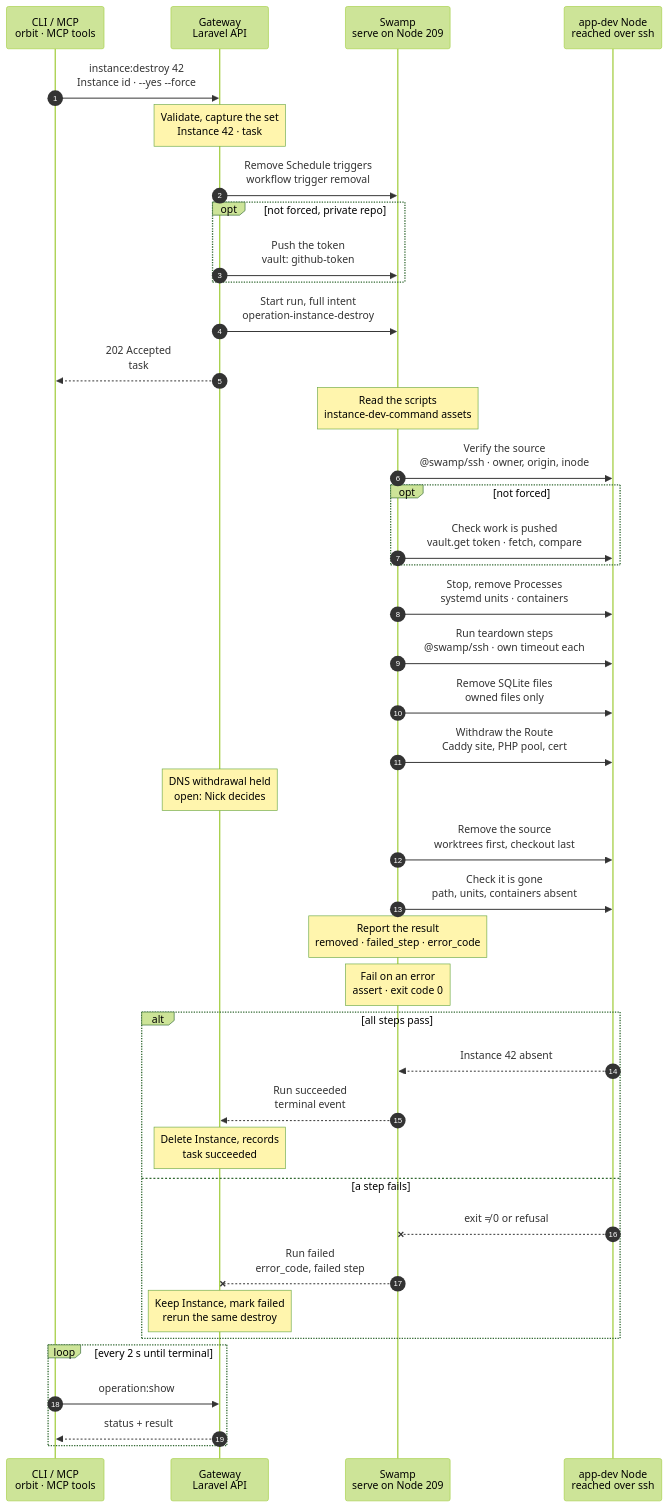
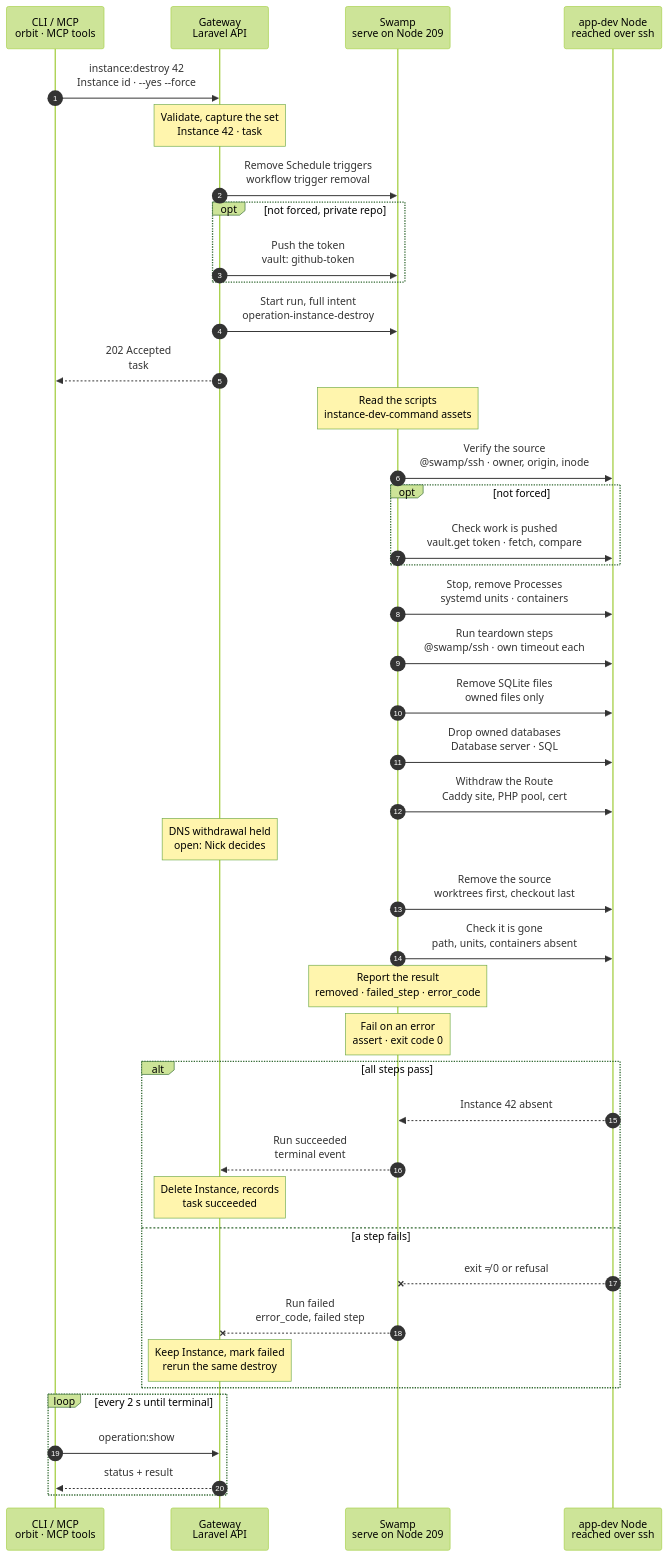
Before and after one commit to hardimpactdev/orbit: the diagram in docs/flows/instance.destroy.mmd, drawn with Mermaid (forest theme). The commit also changed 7 other files, not shown here.

First line of the commit message:
fix(instances): destroy drops owned server databases instead of refusing the placement

```diff
--- a/docs/flows/instance.destroy.mmd
+++ b/docs/flows/instance.destroy.mmd
@@ -1,173 +1,180 @@
 sequenceDiagram
   %% Target design: ADR 0244 task, R1-R4, single-swamp-node (@swamp/ssh from 209), DECISIONS 1 (token minted at admission, vault.get), 2 (DNS held), Schedules native (Nick 2026-11-02). docs/reference/instance-removal.md.
   %% status: draft
   %% command: instance:destroy
   autonumber
   %% lane CLI icon=terminal pill=caller tone=gray
   %% lane GW icon=gateway pill=intent tone=blue
   %% lane SW icon=workflow pill=executes tone=green
   %% lane N icon=server pill=target tone=amber
   participant CLI as CLI / MCP<br/>orbit · MCP tools
   participant GW as Gateway<br/>Laravel API
   participant SW as Swamp<br/>serve on Node 209
   participant N as app-dev Node<br/>reached over ssh
   CLI->>GW: instance:destroy 42<br/>Instance id · --yes --force
   %%> Command:
   %%> - `orbit instance:destroy 42 --yes`
   %%> - syntax: `<instance> [--yes] [--force] [--idempotency-key=KEY] [--json]`
   %%> Input:
   %%> - the Instance's id, as `instance:list` shows it
   %%> Confirmation:
   %%> - without `--yes`, the CLI asks first; the default is No
   %%> - without a terminal, or with `--json`, `--yes` is required
   %%> With `--force`:
   %%> - also deletes dirty or unpublished source, and a checkout with its linked worktrees
   %%> - it never waives the source identity checks, and it is not consent
   Note over GW: Validate, capture the set<br/>Instance 42 · task #5132
   %%> Requirements:
   %%> - your Node has an access grant to Node 12, which runs Instance 42
   %%> - Instance 42 is a development Instance; production removal is not charted here
   %%> - no other lifecycle change and no unfinished transfer holds Instance 42
   %%> Captures:
   %%> - the source: path, owner, origin, branch, linked worktrees
-  %%> - what Instance 42 owns: Processes, Schedules, Route, SQLite files
+  %%> - what Instance 42 owns: Processes, Schedules, Route, SQLite files, server databases
   %%> - the Project teardown steps
   %%> Result:
   %%> - Instance 42 is marked removing, with the captured set
   %%> - task #5132 recorded with the full intent
   GW->>SW: Remove Schedule triggers<br/>workflow trigger removal
   %%> What it does:
   %%> - removes the native Swamp schedule trigger of each Schedule of Instance 42
   %%> - there is no Node work here; Schedules install nothing on Nodes
   %%> Why first:
   %%> - no new fire starts against a checkout that is being removed
   %%> Running fire:
   %%> - a fire that already started runs to its end, within its own timeout, and is still recorded
   opt not forced, private repo
     GW->>SW: Push the token<br/>vault: github-token
     %%> Why:
     %%> - a normal removal checks that the work is pushed, which needs a fetch from origin
     %%> - only the Gateway holds the GitHub App key
     %%> What it does:
     %%> - mints a read token for this one repository, valid 1 hour, and pushes it into Swamp's vault
     %%> Not needed:
     %%> - with `--force`, or for a public repository
   end
   GW->>SW: Start run, full intent<br/>operation-instance-destroy
   %%> What it does:
   %%> - starts one run of `operation-instance-destroy` on Swamp serve (Node 209)
   %%> Inputs:
   %%> - Node 12's address and SSH host keys; the SSH identity comes from the `swamp` role
   %%> - the captured set, the teardown steps, the Node's managed user
   %%> - secrets only as vault key names
   GW-->>CLI: 202 Accepted<br/>task #5132
   %%> What you get:
   %%> - the task number, at once
   %%> Next:
   %%> - the CLI follows the task with `operation:show`
   Note over SW: Read the scripts<br/>instance-dev-command assets
   %%> What it does:
   %%> - reads the shipped destroy phase scripts and the teardown runner on 209, to send them over SSH in argv
   SW->>N: Verify the source<br/>@swamp/ssh · owner, origin, inode
   %%> What it does:
   %%> - checks that the checkout and its linked worktrees are the ones captured at admission
   %%> - same path, owner, origin and filesystem identity
   %%> Refuses:
   %%> - another checkout, owner or Node, also with `--force`
   %%> - a symlink in place of the checkout
   opt not forced
     SW->>N: Check work is pushed<br/>vault.get token · fetch, compare
     %%> What it does:
     %%> - fetches origin with the vault token and compares
     %%> Refuses:
     %%> - dirty source
     %%> - a `HEAD` that no origin branch or tag contains
     %%> - linked worktrees on the checkout
     %%> Result of a refusal:
     %%> - the run stops here and nothing changes
   end
   SW->>N: Stop, remove Processes<br/>systemd units · containers
   %%> What it does:
   %%> - stops each Process of Instance 42 and removes its unit or container
   %%> Why before teardown:
   %%> - nothing still writes to the application while teardown runs
   %%> Not included:
   %%> - Processes of other Instances on Node 12
   SW->>N: Run teardown steps<br/>@swamp/ssh · own timeout each
   %%> What it does:
   %%> - runs the Project's teardown steps in order, as the Node's managed user, from the repository root
   %%> Limits:
   %%> - each step has its own timeout
   %%> Failure:
   %%> - a failed step fails the run; the next `instance:destroy` runs the whole list again
   SW->>N: Remove SQLite files<br/>owned files only
   %%> What it does:
   %%> - deletes the SQLite files that Instance 42 owns
   %%> Not included:
-  %%> - other databases; their records go with the Instance, nothing on the Database server changes
+  %%> - databases on a Database server; the next step drops them
+  SW->>N: Drop owned databases<br/>Database server · SQL
+  %%> What it does:
+  %%> - drops each database and user that Instance 42 owns on a Database server, one canonical server child per server
+  %%> How:
+  %%> - the server child reads each server's admitted password from the vault; the Gateway copies it at run start
+  %%> Not included:
+  %%> - registered external databases; their records go with the Instance, nothing on their host changes
   SW->>N: Withdraw the Route<br/>Caddy site, PHP pool, cert
   %%> What it does:
   %%> - removes the Caddy site of Instance 42 and reloads Caddy; no restart
   %%> - removes its PHP pool and its certificate
   %%> Keeps:
   %%> - every other site, pool and certificate on Node 12
   Note over GW: DNS withdrawal held<br/>open: Nick decides
   %%> Open:
   %%> - DNS publication for Routes is on hold (`native-dns-takeover-held`)
   %%> - until Nick decides, the run removes no DNS record
   SW->>N: Remove the source<br/>worktrees first, checkout last
   %%> What it does:
   %%> - removes linked worktrees, then the checkout itself
   %%> - deletes only the paths whose identity it verified
   %%> Runs as:
   %%> - the Node's own user, not root
   SW->>N: Check it is gone<br/>path, units, containers absent
   %%> What it does:
   %%> - checks that the checkout, its removal quarantine, the Process units and containers are absent
   %%> - the Route's own steps already confirmed its Caddy site is gone
   %%> Why:
   %%> - Instance 42 only counts as removed when the Node shows it
   Note over SW: Report the result<br/>removed · failed_step · error_code
   %%> What it does:
   %%> - maps the first failed step to its error code and keeps the source capture for a rerun
   Note over SW: Fail on an error<br/>assert · exit code 0
   %%> What it does:
   %%> - fails the run when the report holds an `error_code`, so the task fails with that code
   alt all steps pass
     N-->>SW: Instance 42 absent
     %%> Returns:
     %%> - the check passed
     SW-->>GW: Run succeeded<br/>terminal event
     %%> How the Gateway learns it:
     %%> - its shared run reader sees the terminal event; Swamp never calls the Gateway
     Note over GW: Delete Instance, records<br/>task succeeded
     %%> Result:
     %%> - Instance 42 is deleted, with its Processes, Schedules and Route records
     %%> - owned database records are deleted
     %%> - closed transfer history stays, without its Instance link
     %%> - task #5132 succeeds
   else a step fails
     N--xSW: exit ≠ 0 or refusal
     %%> When:
     %%> - a source check refuses, a teardown step fails, or something is still there
     SW--xGW: Run failed<br/>error_code, failed step
     %%> The Gateway reads:
     %%> - which step failed and its error code
     Note over GW: Keep Instance, mark failed<br/>rerun the same destroy
     %%> Result:
     %%> - Instance 42 and its records stay, marked removal failed
     %%> - task #5132 fails
     %%> On the Node:
     %%> - what was already removed stays removed; no rollback
     %%> - the Schedule triggers stay removed
     %%> Retry:
     %%> - run `instance:destroy 42` again; it is a new task and converges the same captured set
   end
   loop every 2 s until terminal
     CLI->>GW: operation:show #5132
     %%> What it does:
     %%> - asks for the task's status every 2 seconds until it has ended
     GW-->>CLI: status + result
     %%> Returns:
     %%> - the current status, and the result once the task has ended
   end
```
